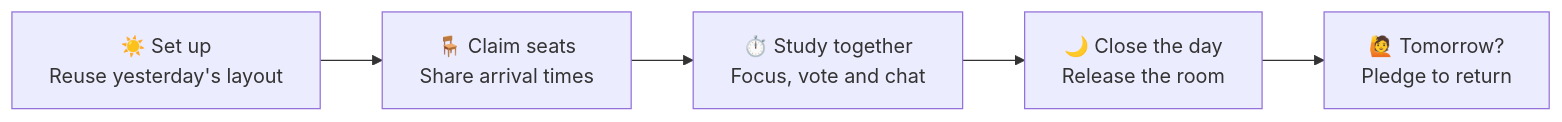
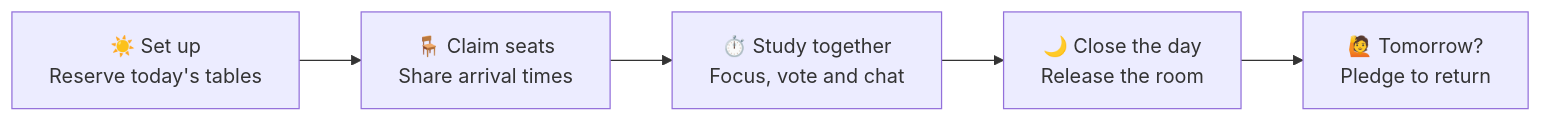
The first of 2 diagrams in README.md (mrghxst/lsm), drawn with Mermaid before and after one commit. The commit also changed other lines of this file, not shown here.

````diff
--- a/README.md
+++ b/README.md
@@ -43,10 +40,10 @@
 ```mermaid
 flowchart LR
-    setup["☀️ Set up<br/>Reuse yesterday's layout"]
+    setup["☀️ Set up<br/>Reserve today's tables"]
     seats["🪑 Claim seats<br/>Share arrival times"]
     study["⏱️ Study together<br/>Focus, vote and chat"]
     close["🌙 Close the day<br/>Release the room"]
     tomorrow["🙋 Tomorrow?<br/>Pledge to return"]
 
     setup --> seats --> study --> close --> tomorrow
 ```
````
